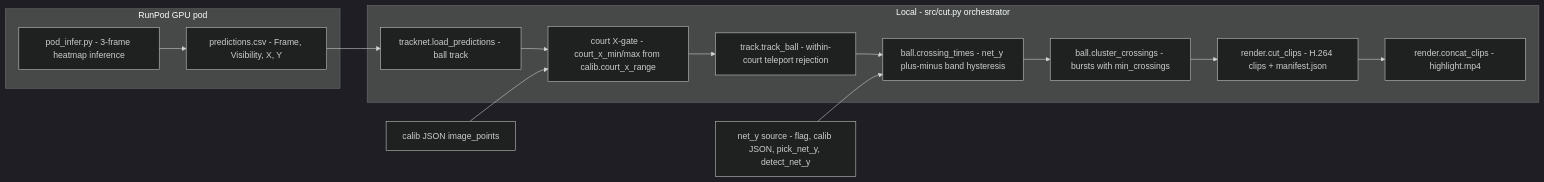
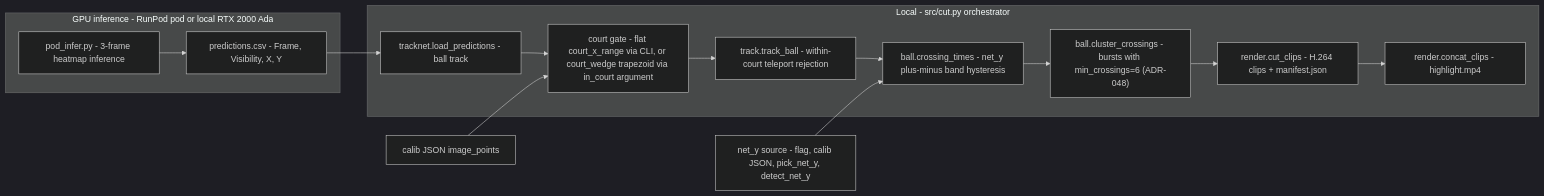
One commit to tonychu805/pic-vision changed the diagram in openwiki/architecture/overview.md. Above: the diagram before and after it, drawn with Mermaid (dark theme). The commit also changed other lines of this file and 11 other files, not shown here.

````diff
--- a/openwiki/architecture/overview.md
+++ b/openwiki/architecture/overview.md
@@ -43,17 +43,17 @@
 ```mermaid
 flowchart LR
-    subgraph pod ["RunPod GPU pod"]
+    subgraph pod ["GPU inference - RunPod pod or local RTX 2000 Ada"]
         A["pod_infer.py - 3-frame heatmap inference"] --> B["predictions.csv - Frame, Visibility, X, Y"]
     end
     subgraph local ["Local - src/cut.py orchestrator"]
         B --> C["tracknet.load_predictions - ball track"]
-        C --> C2["court X-gate - court_x_min/max from calib.court_x_range"]
+        C --> C2["court gate - flat court_x_range via CLI, or court_wedge trapezoid via in_court argument"]
         C2 --> C3["track.track_ball - within-court teleport rejection"]
         C3 --> D["ball.crossing_times - net_y plus-minus band hysteresis"]
-        D --> E["ball.cluster_crossings - bursts with min_crossings"]
+        D --> E["ball.cluster_crossings - bursts with min_crossings=6 (ADR-048)"]
         E --> F["render.cut_clips - H.264 clips + manifest.json"]
         F --> G["render.concat_clips - highlight.mp4"]
     end
     H["net_y source - flag, calib JSON, pick_net_y, detect_net_y"] --> D
     I["calib JSON image_points"] --> C2
 ```
````
